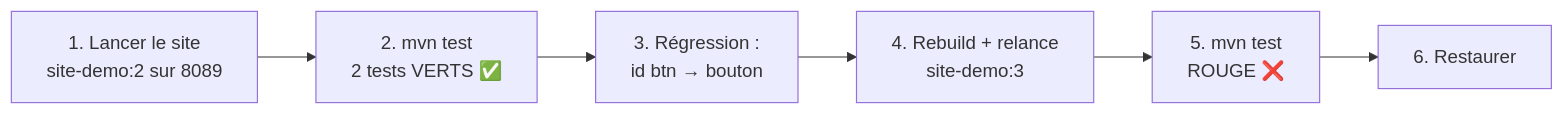
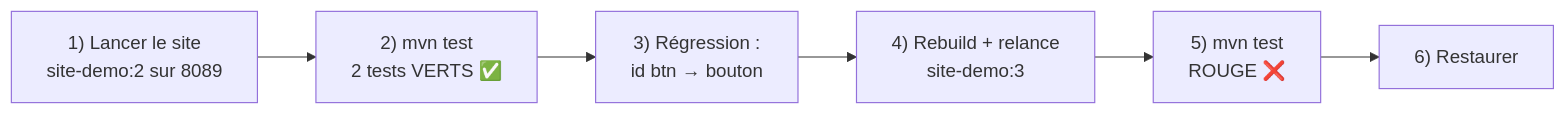
Before and after one commit to hajjiBel/DOTOOL: the fifth of 6 diagrams in lab/TP11-selenium.md, drawn with Mermaid. The commit also changed other lines of this file, not shown here.

````diff
--- a/lab/TP11-selenium.md
+++ b/lab/TP11-selenium.md
@@ -116,4 +116,4 @@
 ```mermaid
 flowchart LR
-  A["1. Lancer le site<br/>site-demo:2 sur 8089"] --> B["2. mvn test<br/>2 tests VERTS ✅"] --> C["3. Régression :<br/>id btn → bouton"] --> D["4. Rebuild + relance<br/>site-demo:3"] --> E["5. mvn test<br/>ROUGE ❌"] --> F["6. Restaurer"]
+  A["1) Lancer le site<br/>site-demo:2 sur 8089"] --> B["2) mvn test<br/>2 tests VERTS ✅"] --> C["3) Régression :<br/>id btn → bouton"] --> D["4) Rebuild + relance<br/>site-demo:3"] --> E["5) mvn test<br/>ROUGE ❌"] --> F["6) Restaurer"]
 ```
````
